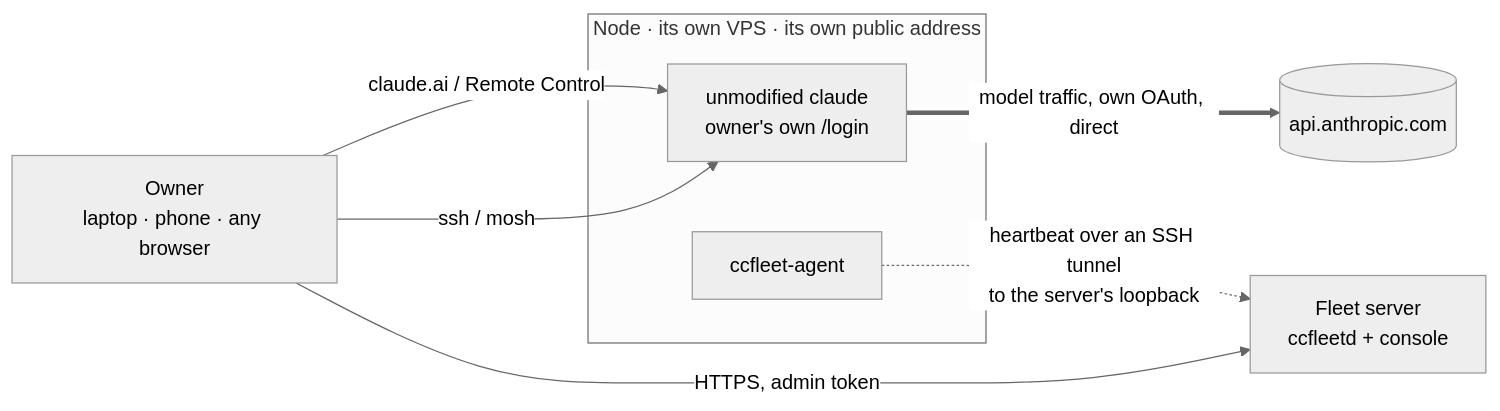
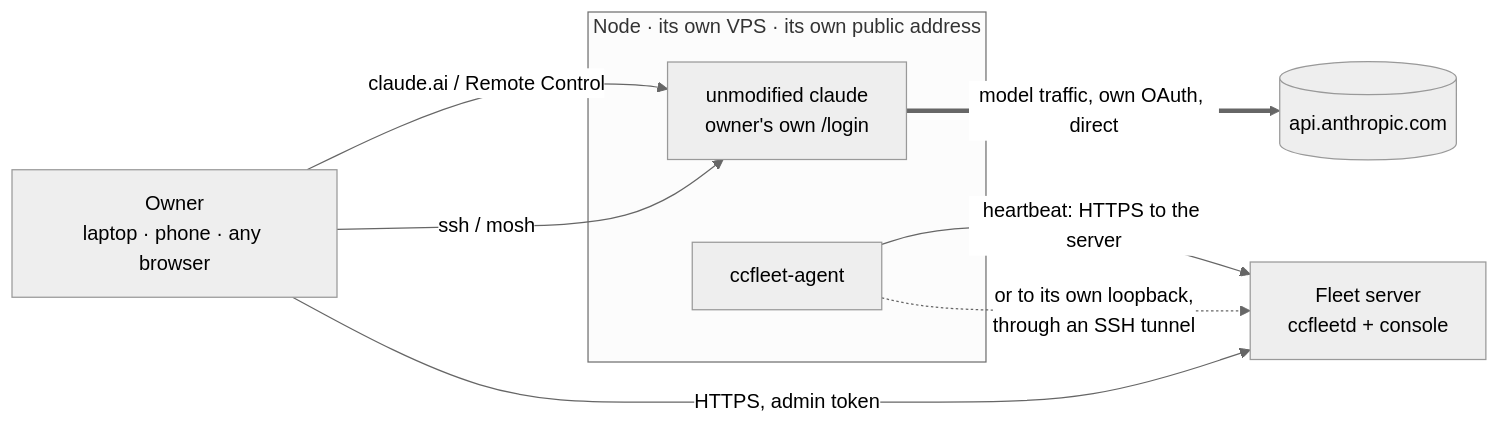
One commit to cdcupt/ccfleet changed the second of 4 diagrams in docs/design.md. Above: the diagram before and after it, drawn with Mermaid (neutral theme). The commit also changed other lines of this file, not shown here.

First line of the commit message:
[agent] docs: the tunnel is a variant, not the topology (loop 1)

````diff
--- a/docs/design.md
+++ b/docs/design.md
@@ -42,16 +42,17 @@
 ```mermaid
 flowchart LR
   U[Owner<br/>laptop · phone · any browser]
   subgraph N [Node · its own VPS · its own public address]
     CC[unmodified claude<br/>owner's own /login]
     AG[ccfleet-agent]
   end
   FS[Fleet server<br/>ccfleetd + console]
   API[(api.anthropic.com)]
 
   U -- claude.ai / Remote Control --> CC
   U -- ssh / mosh --> CC
   CC == model traffic, own OAuth, direct ==> API
-  AG -. heartbeat over an SSH tunnel<br/>to the server's loopback .-> FS
+  AG -- heartbeat: HTTPS to the server --> FS
+  AG -. or to its own loopback,<br/>through an SSH tunnel .-> FS
   U -- HTTPS, admin token --> FS
 ```
````
